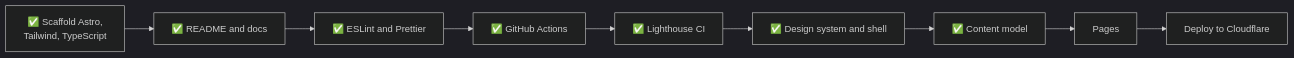
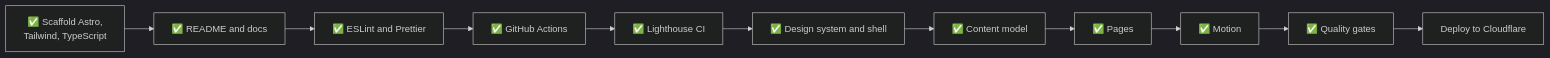
Before and after one commit to FilipRokita/filiprokita.com: the diagram in README.md, drawn with Mermaid (dark theme). The commit also changed other lines of this file and 13 other files, not shown here.

````diff
--- a/README.md
+++ b/README.md
@@ -86,11 +84,13 @@
 ```mermaid
 flowchart LR
     A[✅ Scaffold Astro,<br/>Tailwind, TypeScript] --> B[✅ README and docs]
     B --> C[✅ ESLint and Prettier]
     C --> D[✅ GitHub Actions]
     D --> E[✅ Lighthouse CI]
     E --> F[✅ Design system and shell]
     F --> M[✅ Content model]
-    M --> G[Pages]
-    G --> H[Deploy to Cloudflare]
+    M --> G[✅ Pages]
+    G --> P[✅ Motion]
+    P --> Q[✅ Quality gates]
+    Q --> H[Deploy to Cloudflare]
 ```
````
